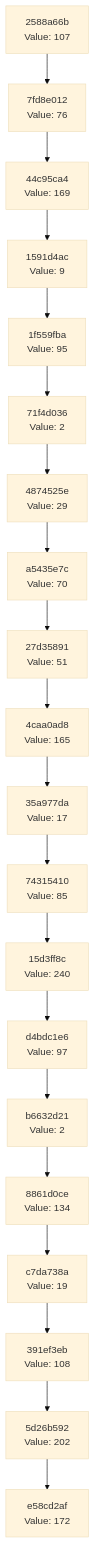
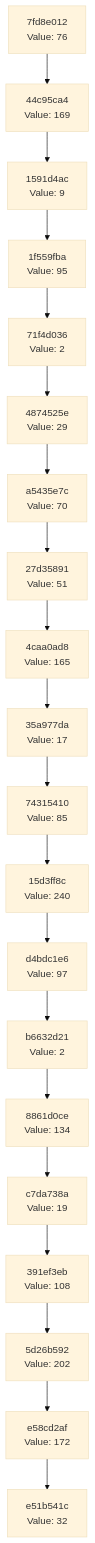
The diagram in docs/CHAIN_VISUALIZATION.md (Abhisheksinha1506/hash-chain-evolver), drawn with Mermaid (base theme) before and after one commit. The commit also changed 2 other files, not shown here.

Commit message:
Evolution Step

````diff
--- a/docs/CHAIN_VISUALIZATION.md
+++ b/docs/CHAIN_VISUALIZATION.md
@@ -3,42 +3,42 @@
 ```mermaid
 graph TD
-    C0["e58cd2af<br/>Value: 172"]
-    C1["5d26b592<br/>Value: 202"]
+    C0["e51b541c<br/>Value: 32"]
+    C1["e58cd2af<br/>Value: 172"]
     C1 --> C0
-    C2["391ef3eb<br/>Value: 108"]
+    C2["5d26b592<br/>Value: 202"]
     C2 --> C1
-    C3["c7da738a<br/>Value: 19"]
+    C3["391ef3eb<br/>Value: 108"]
     C3 --> C2
-    C4["8861d0ce<br/>Value: 134"]
+    C4["c7da738a<br/>Value: 19"]
     C4 --> C3
-    C5["b6632d21<br/>Value: 2"]
+    C5["8861d0ce<br/>Value: 134"]
     C5 --> C4
-    C6["d4bdc1e6<br/>Value: 97"]
+    C6["b6632d21<br/>Value: 2"]
     C6 --> C5
-    C7["15d3ff8c<br/>Value: 240"]
+    C7["d4bdc1e6<br/>Value: 97"]
     C7 --> C6
-    C8["74315410<br/>Value: 85"]
+    C8["15d3ff8c<br/>Value: 240"]
     C8 --> C7
-    C9["35a977da<br/>Value: 17"]
+    C9["74315410<br/>Value: 85"]
     C9 --> C8
-    C10["4caa0ad8<br/>Value: 165"]
+    C10["35a977da<br/>Value: 17"]
     C10 --> C9
-    C11["27d35891<br/>Value: 51"]
+    C11["4caa0ad8<br/>Value: 165"]
     C11 --> C10
-    C12["a5435e7c<br/>Value: 70"]
+    C12["27d35891<br/>Value: 51"]
     C12 --> C11
-    C13["4874525e<br/>Value: 29"]
+    C13["a5435e7c<br/>Value: 70"]
     C13 --> C12
-    C14["71f4d036<br/>Value: 2"]
+    C14["4874525e<br/>Value: 29"]
     C14 --> C13
-    C15["1f559fba<br/>Value: 95"]
+    C15["71f4d036<br/>Value: 2"]
     C15 --> C14
-    C16["1591d4ac<br/>Value: 9"]
+    C16["1f559fba<br/>Value: 95"]
     C16 --> C15
-    C17["44c95ca4<br/>Value: 169"]
+    C17["1591d4ac<br/>Value: 9"]
     C17 --> C16
-    C18["7fd8e012<br/>Value: 76"]
+    C18["44c95ca4<br/>Value: 169"]
     C18 --> C17
-    C19["2588a66b<br/>Value: 107"]
+    C19["7fd8e012<br/>Value: 76"]
     C19 --> C18
 ```
````
